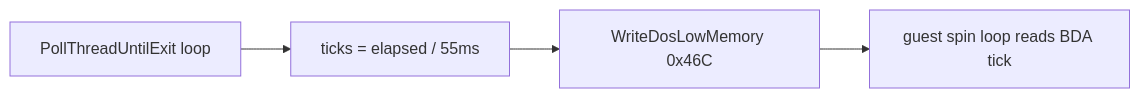
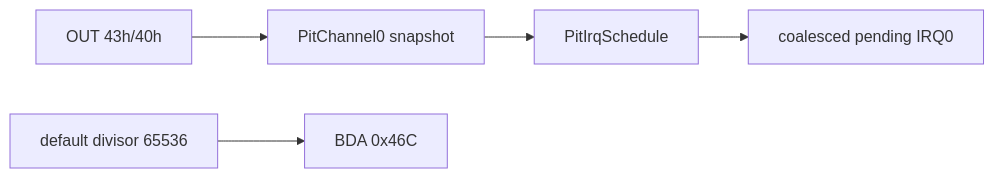
One commit to nworkers/rePIU changed the sixth of 20 diagrams in ARCHITECTURE.md. Above: the diagram before and after it, drawn with Mermaid. The commit also changed other lines of this file and 26 other files, not shown here.

Commit message:
Fix guest timer delivery and honor PIT cadence (v0.0.109)

````diff
--- a/ARCHITECTURE.md
+++ b/ARCHITECTURE.md
@@ -447,6 +459,7 @@
 ```mermaid
 flowchart LR
-    P["PollThreadUntilExit loop"] --> C["ticks = elapsed / 55ms"]
-    C --> W["WriteDosLowMemory 0x46C"]
-    W --> G["guest spin loop reads BDA tick"]
+    O["OUT 43h/40h"] --> P["PitChannel0 snapshot"]
+    P --> S["PitIrqSchedule"]
+    S --> I["coalesced pending IRQ0"]
+    D["default divisor 65536"] --> W["BDA 0x46C"]
 ```
````
